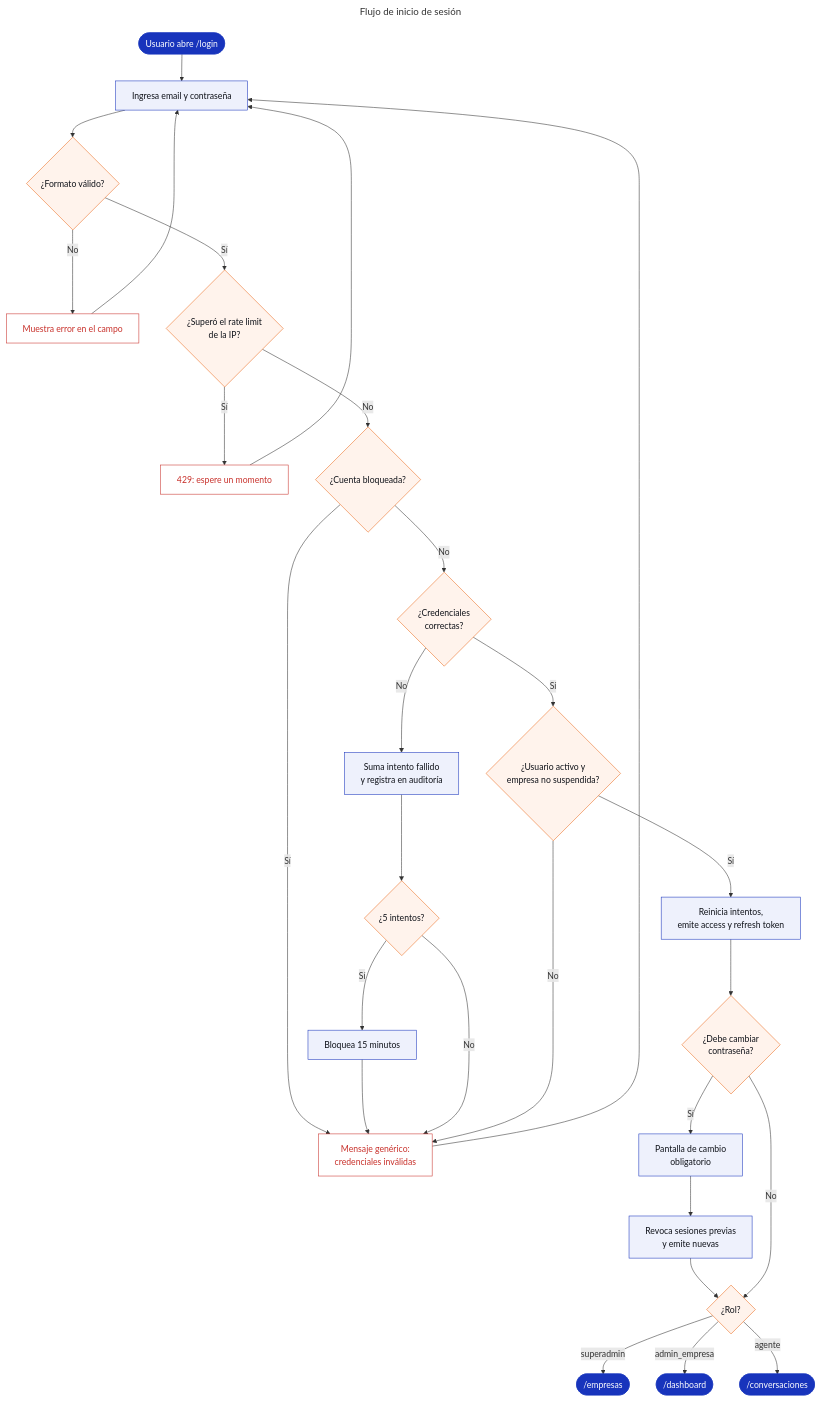
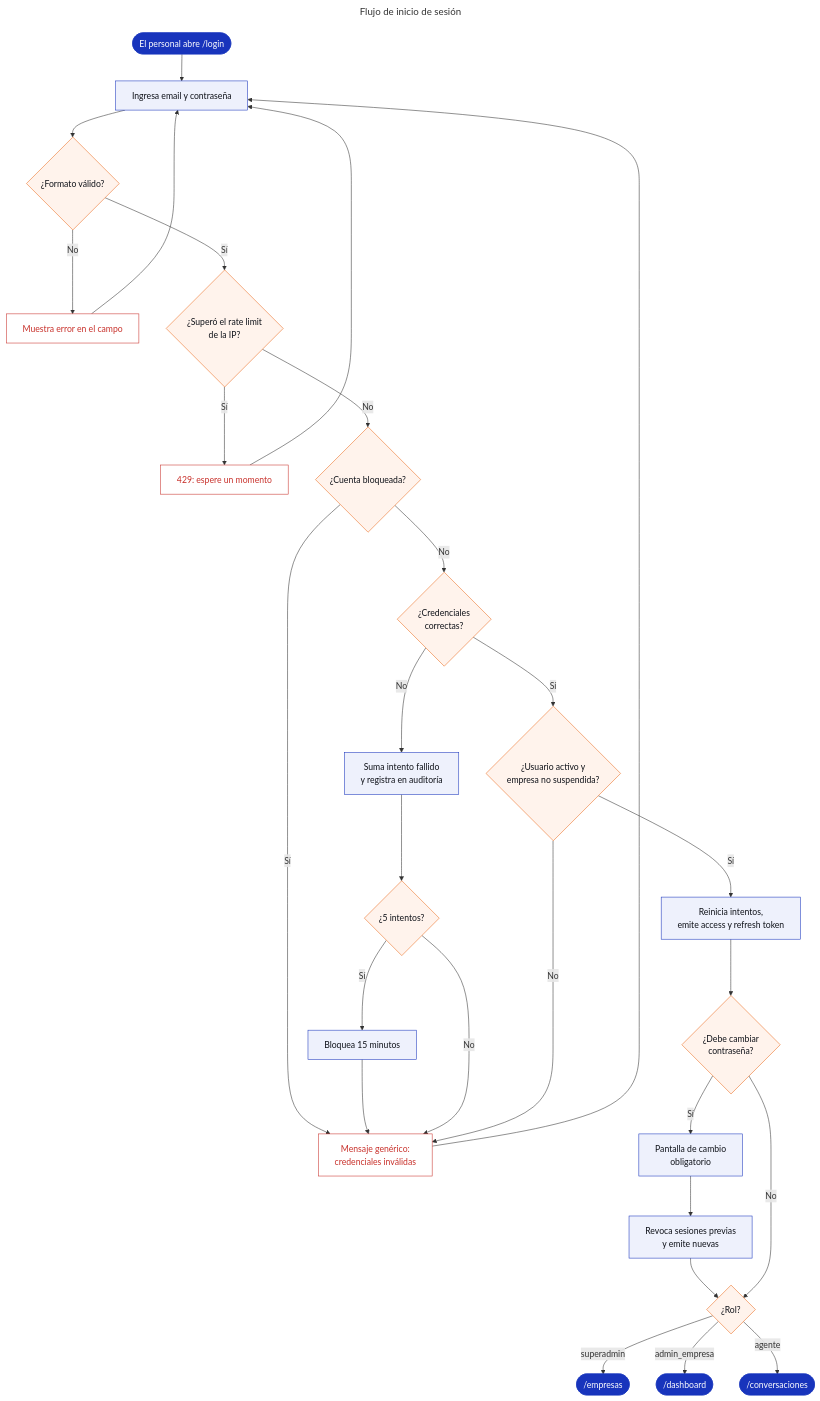
Before and after one commit to GerardoGM14/app-tesis-chatbot: the diagram in docs/03-procesos/sistema/flujo-inicio-sesion.md, drawn with Mermaid. The commit also changed other lines of this file and 14 other files, not shown here.

````diff
--- a/docs/03-procesos/sistema/flujo-inicio-sesion.md
+++ b/docs/03-procesos/sistema/flujo-inicio-sesion.md
@@ -5,36 +5,36 @@
 ```mermaid
 ---
 title: "Flujo de inicio de sesión"
 ---
 flowchart TB
-  S(["Usuario abre /login"]) --> F["Ingresa email y contraseña"]
+  S(["El personal abre /login"]) --> F["Ingresa email y contraseña"]
   F --> V{"¿Formato válido?"}
   V -- "No" --> E1["Muestra error en el campo"] --> F
   V -- "Sí" --> RL{"¿Superó el rate limit<br/>de la IP?"}
   RL -- "Sí" --> E2["429: espere un momento"] --> F
   RL -- "No" --> B{"¿Cuenta bloqueada?"}
   B -- "Sí" --> E3["Mensaje genérico:<br/>credenciales inválidas"] --> F
   B -- "No" --> C{"¿Credenciales<br/>correctas?"}
   C -- "No" --> I["Suma intento fallido<br/>y registra en auditoría"]
   I --> L{"¿5 intentos?"}
   L -- "Sí" --> BL["Bloquea 15 minutos"] --> E3
   L -- "No" --> E3
   C -- "Sí" --> A{"¿Usuario activo y<br/>empresa no suspendida?"}
   A -- "No" --> E3
   A -- "Sí" --> T["Reinicia intentos,<br/>emite access y refresh token"]
   T --> P{"¿Debe cambiar<br/>contraseña?"}
   P -- "Sí" --> CP["Pantalla de cambio<br/>obligatorio"] --> T2["Revoca sesiones previas<br/>y emite nuevas"] --> R
   P -- "No" --> R{"¿Rol?"}
   R -- "superadmin" --> R1(["/empresas"])
   R -- "admin_empresa" --> R2(["/dashboard"])
   R -- "agente" --> R3(["/conversaciones"])
 
   classDef step fill:#EEF1FC,stroke:#1834BC,color:#0F1219
   classDef decision fill:#FFF3EC,stroke:#EB6B1D,color:#0F1219
   classDef terminal fill:#1834BC,stroke:#1834BC,color:#FFFFFF
   classDef error fill:#FFFFFF,stroke:#C8312B,color:#C8312B
   class F,I,BL,T,CP,T2 step
   class V,RL,B,C,L,A,P,R decision
   class S,R1,R2,R3 terminal
   class E1,E2,E3 error
 ```
````
